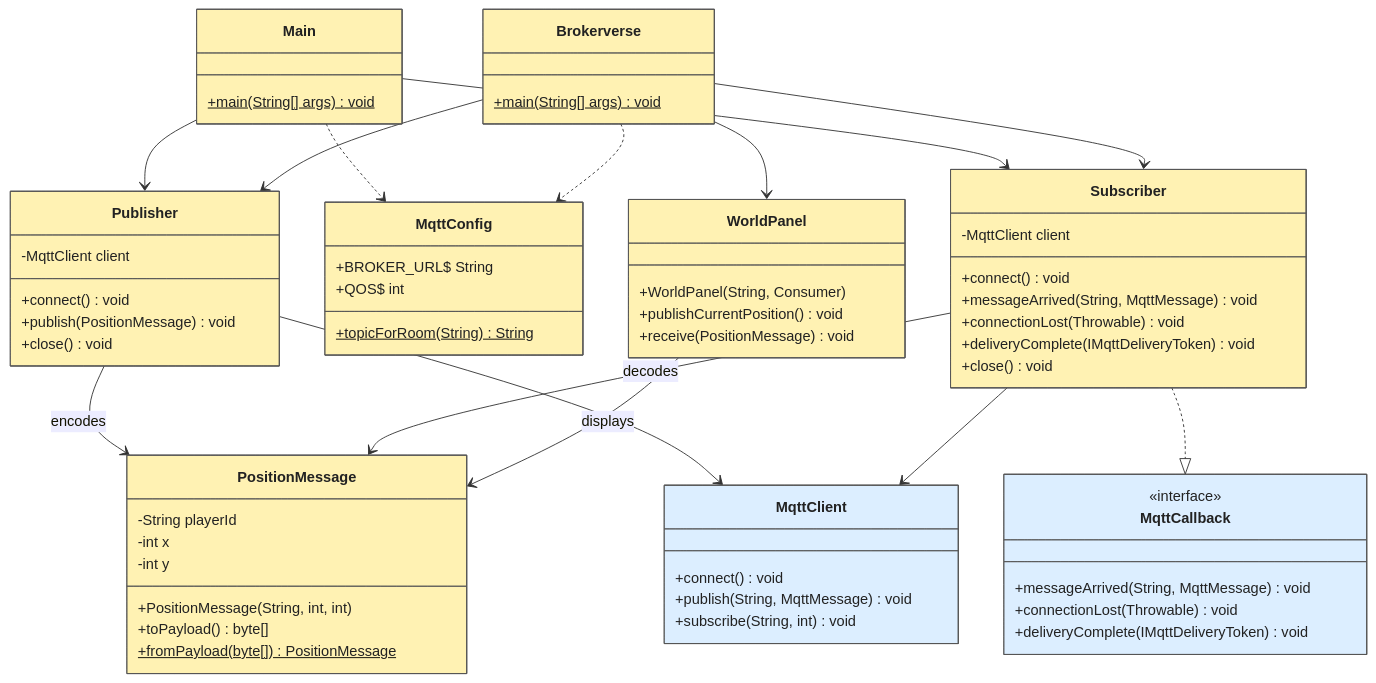
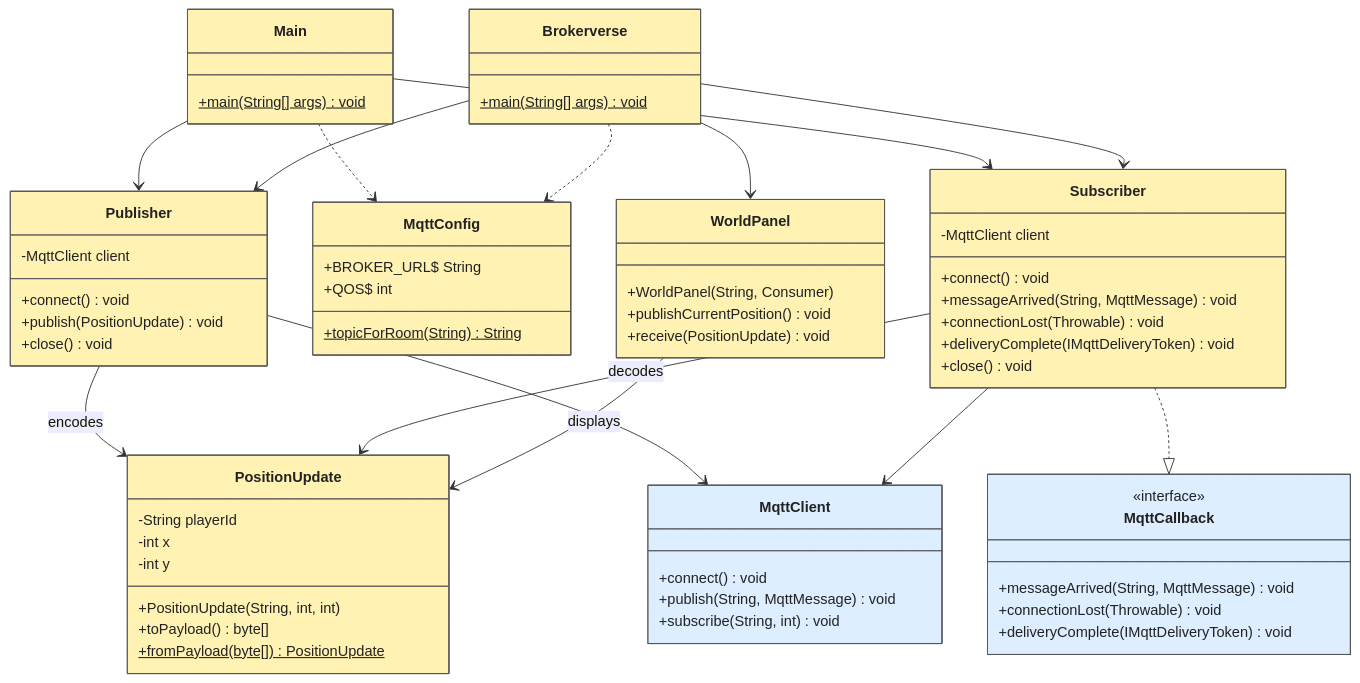
Before and after one commit to csc-3100/cloud-mqtt-fundamentals: the diagram in DIAGRAM.md, drawn with Mermaid. The commit also changed 7 other files, not shown here.

Commit message:
Rename application model to PositionUpdate distinct from Paho MqttMessage

````diff
--- a/DIAGRAM.md
+++ b/DIAGRAM.md
@@ -5,77 +5,77 @@
 ```mermaid
 classDiagram
     direction TB
     class Main {
         +main(String[] args)$ void
     }
     class Brokerverse {
         +main(String[] args)$ void
     }
     class WorldPanel {
         +WorldPanel(String, Consumer)
         +publishCurrentPosition() void
-        +receive(PositionMessage) void
+        +receive(PositionUpdate) void
     }
     class MqttConfig {
         +BROKER_URL$ String
         +QOS$ int
         +topicForRoom(String)$ String
     }
-    class PositionMessage {
+    class PositionUpdate {
         -String playerId
         -int x
         -int y
-        +PositionMessage(String, int, int)
+        +PositionUpdate(String, int, int)
         +toPayload() byte[]
-        +fromPayload(byte[])$ PositionMessage
+        +fromPayload(byte[])$ PositionUpdate
     }
     class Publisher {
         -MqttClient client
         +connect() void
-        +publish(PositionMessage) void
+        +publish(PositionUpdate) void
         +close() void
     }
     class Subscriber {
         -MqttClient client
         +connect() void
         +messageArrived(String, MqttMessage) void
         +connectionLost(Throwable) void
         +deliveryComplete(IMqttDeliveryToken) void
         +close() void
     }
     class MqttCallback {
         <<interface>>
         +messageArrived(String, MqttMessage) void
         +connectionLost(Throwable) void
         +deliveryComplete(IMqttDeliveryToken) void
     }
     class MqttClient {
         +connect() void
         +publish(String, MqttMessage) void
         +subscribe(String, int) void
     }
 
     Main --> Publisher
     Main --> Subscriber
     Brokerverse --> Publisher
     Brokerverse --> Subscriber
     Brokerverse --> WorldPanel
-    Publisher --> PositionMessage : encodes
-    Subscriber --> PositionMessage : decodes
-    WorldPanel --> PositionMessage : displays
+    Publisher --> PositionUpdate : encodes
+    Subscriber --> PositionUpdate : decodes
+    WorldPanel --> PositionUpdate : displays
     Publisher --> MqttClient
     Subscriber --> MqttClient
     Subscriber ..|> MqttCallback
     Main ..> MqttConfig
     Brokerverse ..> MqttConfig
 
     style Main fill:#FFF2B3,stroke:#555555,color:#222222
     style Brokerverse fill:#FFF2B3,stroke:#555555,color:#222222
     style WorldPanel fill:#FFF2B3,stroke:#555555,color:#222222
     style Publisher fill:#FFF2B3,stroke:#555555,color:#222222
     style Subscriber fill:#FFF2B3,stroke:#555555,color:#222222
-    style PositionMessage fill:#FFF2B3,stroke:#555555,color:#222222
+    style PositionUpdate fill:#FFF2B3,stroke:#555555,color:#222222
     style MqttConfig fill:#FFF2B3,stroke:#555555,color:#222222
     style MqttCallback fill:#DCEEFF,stroke:#555555,color:#222222
     style MqttClient fill:#DCEEFF,stroke:#555555,color:#222222
 ```
````
